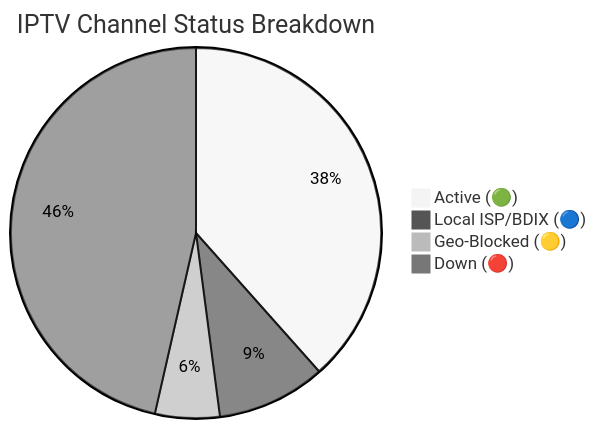
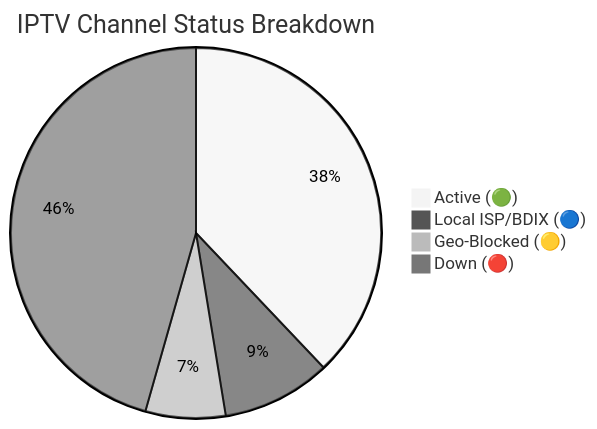
One commit to Zaman-Topu/Ip-tv-Collection changed the diagram in README.md. Above: the diagram before and after it, drawn with Mermaid (neutral theme). The commit also changed other lines of this file and 1 other file, not shown here.

Commit message:
docs(readme): auto-update daily channel status chart

````diff
--- a/README.md
+++ b/README.md
@@ -59,7 +59,7 @@
 ```mermaid
 pie title IPTV Channel Status Breakdown
-    "Active (🟢)" : 3104
+    "Active (🟢)" : 3063
     "Local ISP/BDIX (🔵)" : 767
-    "Geo-Blocked (🟡)" : 455
-    "Down (🔴)" : 3750
+    "Geo-Blocked (🟡)" : 564
+    "Down (🔴)" : 3682
 ```
````
